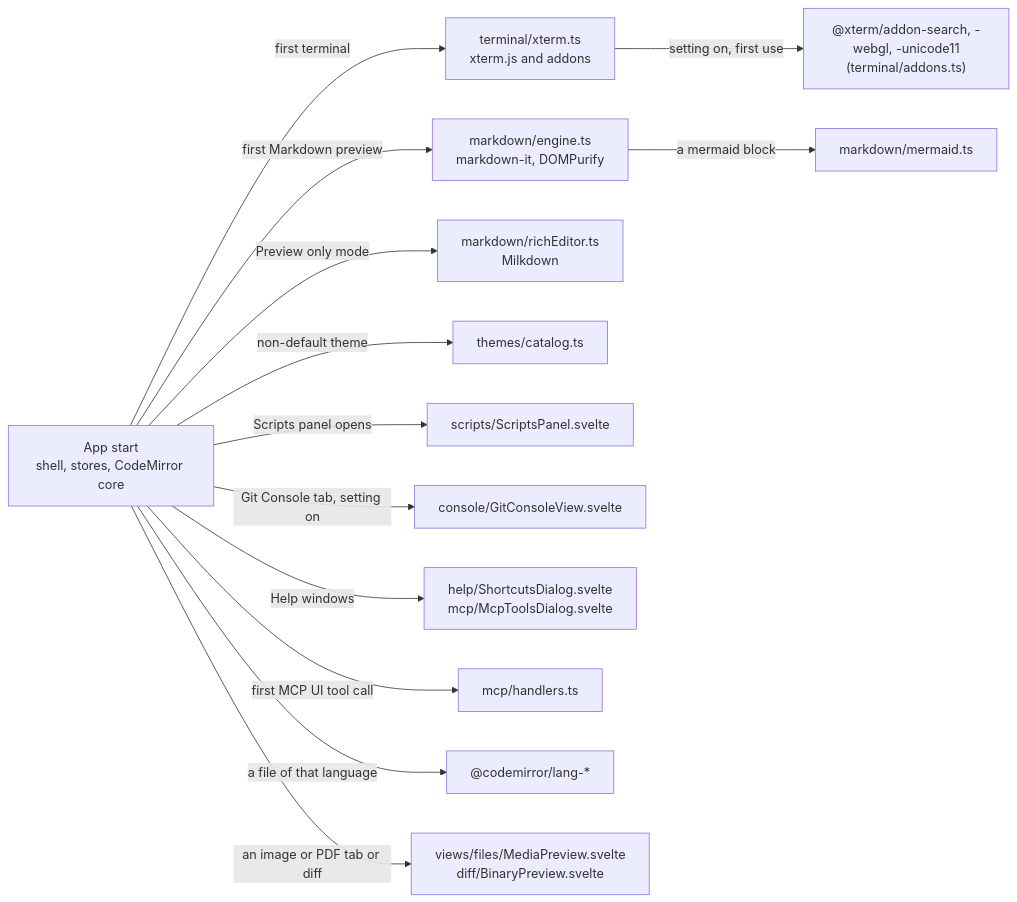
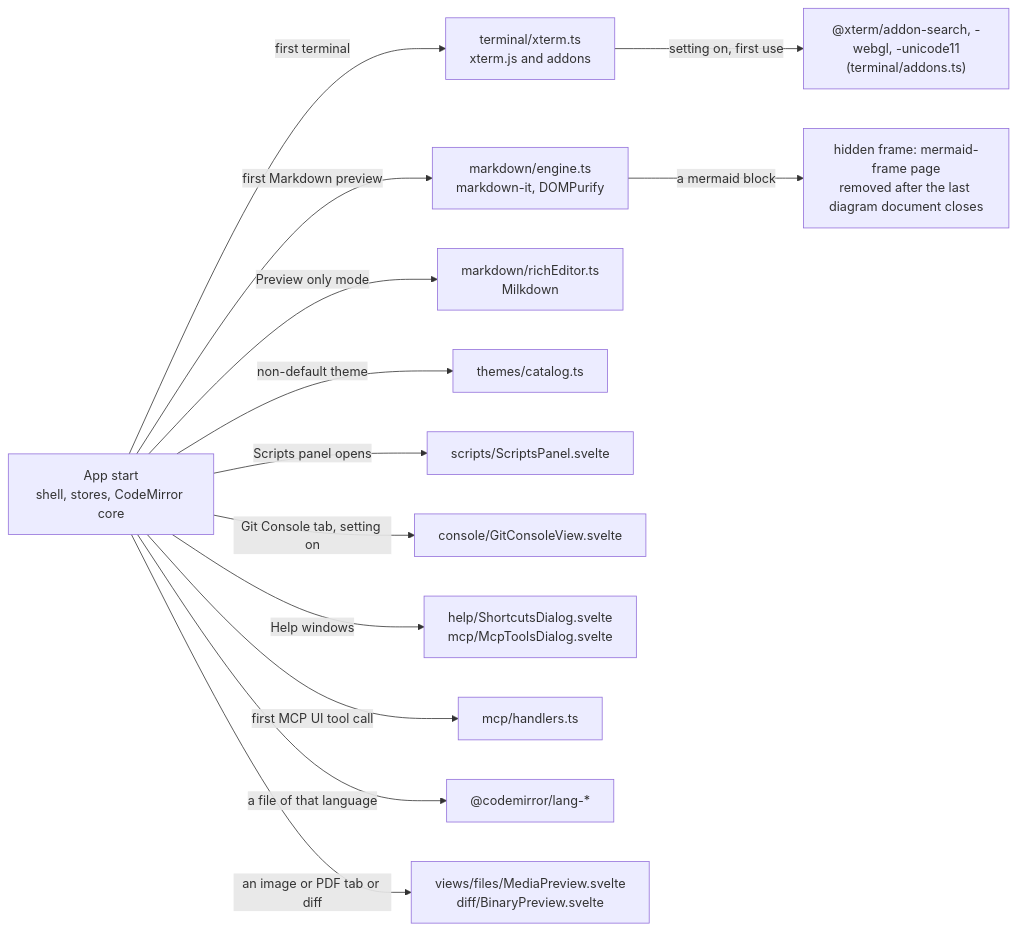
Before and after one commit to shibbirweb/git-manager: the diagram in docs/wiki/developer/Frontend-Modules.md, drawn with Mermaid. The commit also changed 54 other files, not shown here.

Commit message:
feat:[GM-8] cut memory: unload hidden tabs, drop mermaid with its last document, Clear Cache button, free hidden terminals' GPU

````diff
--- a/docs/wiki/developer/Frontend-Modules.md
+++ b/docs/wiki/developer/Frontend-Modules.md
@@ -16,15 +16,15 @@
 ```mermaid
 flowchart LR
   App["App start<br/>shell, stores, CodeMirror core"] -->|"first terminal"| Xterm["terminal/xterm.ts<br/>xterm.js and addons"]
   Xterm -->|"setting on, first use"| Addons["@xterm/addon-search, -webgl, -unicode11<br/>(terminal/addons.ts)"]
   App -->|"first Markdown preview"| Md["markdown/engine.ts<br/>markdown-it, DOMPurify"]
-  Md -->|"a mermaid block"| Mermaid["markdown/mermaid.ts"]
+  Md -->|"a mermaid block"| Mermaid["hidden frame: mermaid-frame page<br/>removed after the last diagram document closes"]
   App -->|"Preview only mode"| Rich["markdown/richEditor.ts<br/>Milkdown"]
   App -->|"non-default theme"| Catalog["themes/catalog.ts"]
   App -->|"Scripts panel opens"| Scripts["scripts/ScriptsPanel.svelte"]
   App -->|"Git Console tab, setting on"| Console["console/GitConsoleView.svelte"]
   App -->|"Help windows"| Help["help/ShortcutsDialog.svelte<br/>mcp/McpToolsDialog.svelte"]
   App -->|"first MCP UI tool call"| Handlers["mcp/handlers.ts"]
   App -->|"a file of that language"| Lang["@codemirror/lang-*"]
   App -->|"an image or PDF tab or diff"| Media["views/files/MediaPreview.svelte<br/>diff/BinaryPreview.svelte"]
 ```
````
